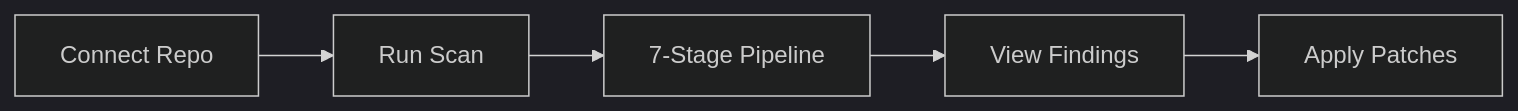
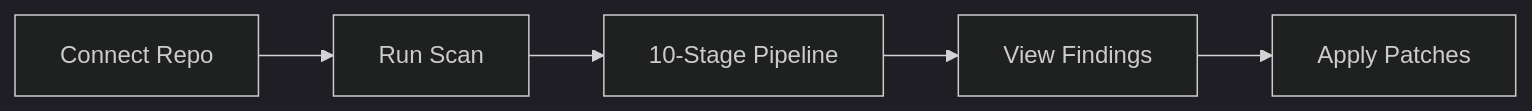
Before and after one commit to iamngoni/heimdall: the first of 6 diagrams in README.md, drawn with Mermaid (dark theme). The commit also changed other lines of this file, not shown here.

````diff
--- a/README.md
+++ b/README.md
@@ -35,7 +36,7 @@
 ```mermaid
 graph LR
     A[Connect Repo] --> B[Run Scan]
-    B --> C[7-Stage Pipeline]
+    B --> C[10-Stage Pipeline]
     C --> D[View Findings]
     D --> E[Apply Patches]
 ```
````
